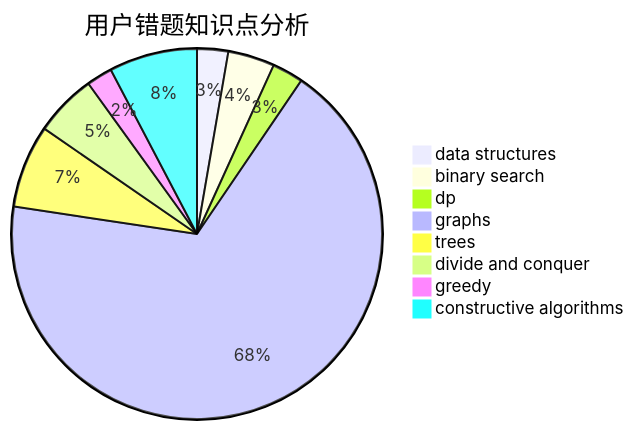
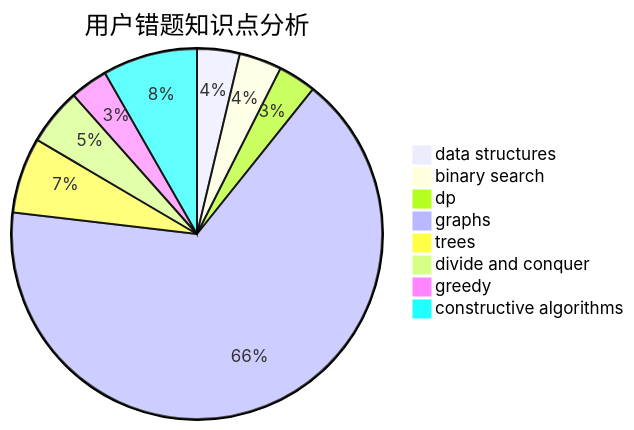
Before and after one commit to sherpahu/cfrs.github.io: the third of 3 diagrams in docs/user/u2714.md, drawn with Mermaid. The commit also changed other lines of this file and 2770 other files, not shown here.

````diff
--- a/docs/user/u2714.md
+++ b/docs/user/u2714.md
@@ -36,11 +36,11 @@
 ```mermaid
 pie title 用户错题知识点分析
-    "data structures" :  6
+    "data structures" :  9
     "binary search" :  9
-    "dp" :  6
-    "graphs" :  150
+    "dp" :  8
+    "graphs" :  160
     "trees" :  16
     "divide and conquer" :  12
-    "greedy" :  5
-    "constructive algorithms" :  17
+    "greedy" :  8
+    "constructive algorithms" :  20
 ```
````
